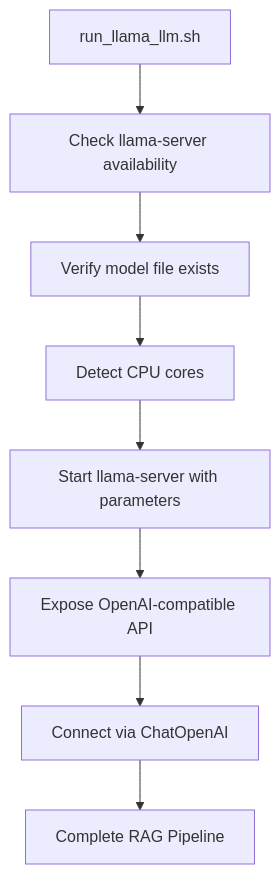
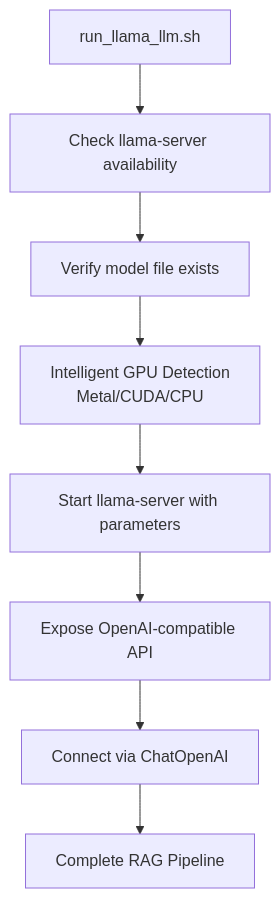
Diagram 21 of 22 in .qoder/repowiki/en/content/RAG Integration/RAG Integration.md (ognelis/cafetera_hr_bot), drawn with Mermaid before and after one commit. The commit also changed other lines of this file and 16 other files, not shown here.

````diff
--- a/.qoder/repowiki/en/content/RAG Integration/RAG Integration.md
+++ b/.qoder/repowiki/en/content/RAG Integration/RAG Integration.md
@@ -1095,10 +1171,10 @@
 ```mermaid
 flowchart TD
 LlamaScript["run_llama_llm.sh"] --> CheckPrerequisites["Check llama-server availability"]
 CheckPrerequisites --> VerifyModel["Verify model file exists"]
-VerifyModel --> DetectCPU["Detect CPU cores"]
-DetectCPU --> StartServer["Start llama-server with parameters"]
+VerifyModel --> DetectGPU["Intelligent GPU Detection<br/>Metal/CUDA/CPU"]
+DetectGPU --> StartServer["Start llama-server with parameters"]
 StartServer --> OpenAICompat["Expose OpenAI-compatible API"]
 OpenAICompat --> LangChain["Connect via ChatOpenAI"]
 LangChain --> RAGPipeline["Complete RAG Pipeline"]
 ```
````
